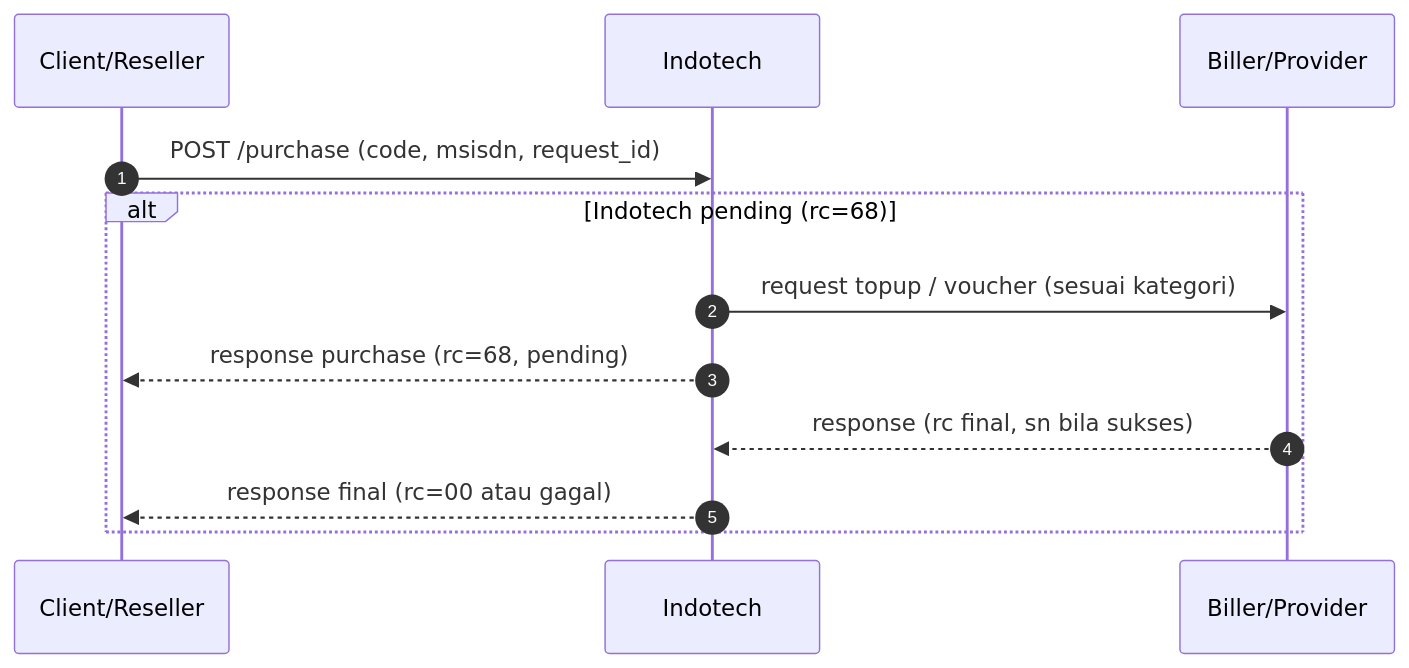
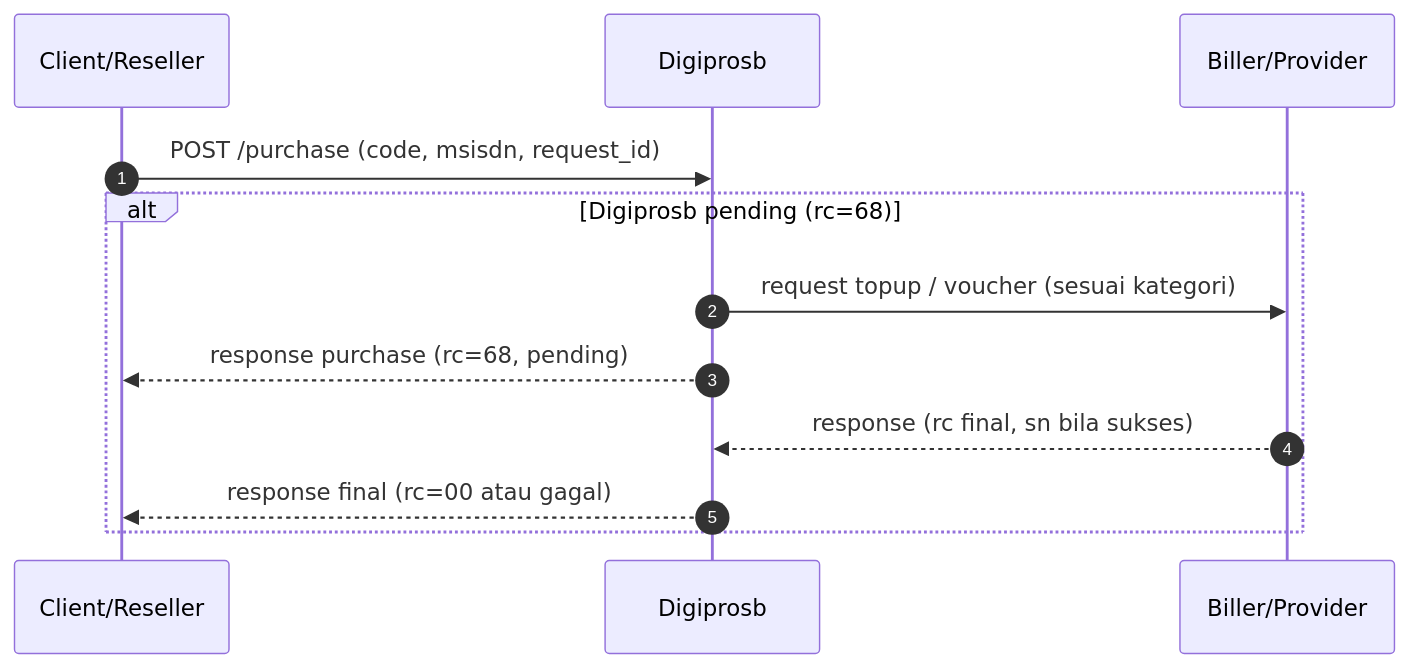
The diagram in doc/transaksi-direct/flow-direct-purchase-without-inquiry.md (digiprosb/digiprosb-api-documentation), drawn with Mermaid before and after one commit. The commit also changed other lines of this file and 16 other files, not shown here.

````diff
--- a/doc/transaksi-direct/flow-direct-purchase-without-inquiry.md
+++ b/doc/transaksi-direct/flow-direct-purchase-without-inquiry.md
@@ -17,15 +17,15 @@
 ```mermaid
 sequenceDiagram
   autonumber
   participant Client as Client/Reseller
-  participant Indotech as Indotech
+  participant Digiprosb as Digiprosb
   participant Biller as Biller/Provider
 
-  Client->>Indotech: POST /purchase (code, msisdn, request_id)
-  alt Indotech pending (rc=68)
-    Indotech->>Biller: request topup / voucher (sesuai kategori)
-    Indotech-->>Client: response purchase (rc=68, pending)
-    Biller-->>Indotech: response (rc final, sn bila sukses)
-    Indotech-->>Client: response final (rc=00 atau gagal)
+  Client->>Digiprosb: POST /purchase (code, msisdn, request_id)
+  alt Digiprosb pending (rc=68)
+    Digiprosb->>Biller: request topup / voucher (sesuai kategori)
+    Digiprosb-->>Client: response purchase (rc=68, pending)
+    Biller-->>Digiprosb: response (rc final, sn bila sukses)
+    Digiprosb-->>Client: response final (rc=00 atau gagal)
   end
 ```
````
